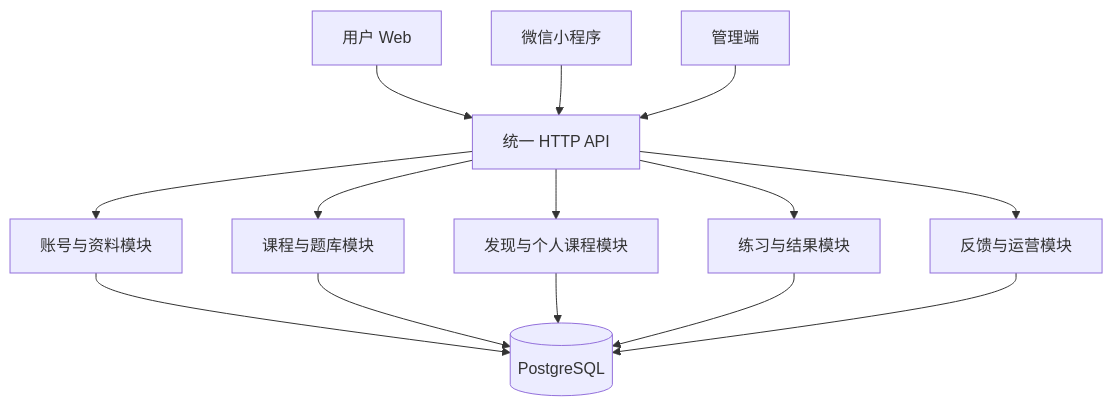
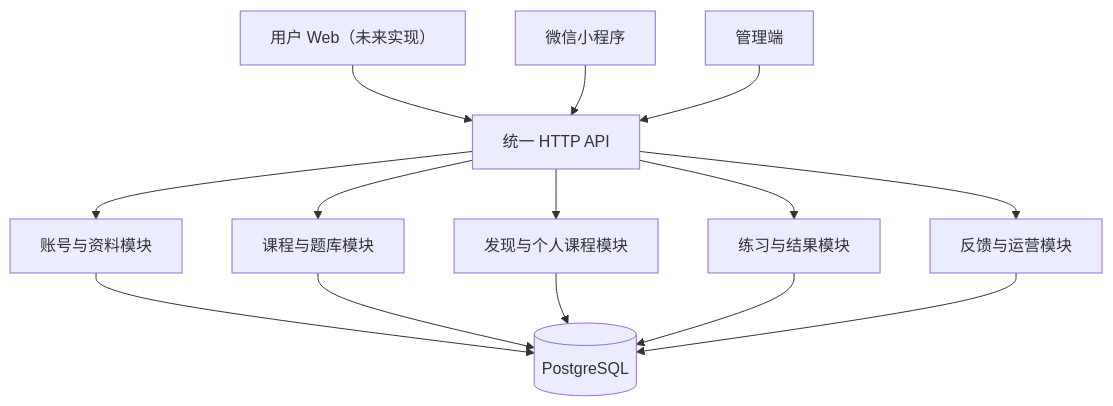
The second of 2 diagrams in docs/prd/student-platform-architecture.md (zhouycheng/QandA), drawn with Mermaid before and after one commit. The commit also changed other lines of this file and 106 other files, not shown here.

````diff
--- a/docs/prd/student-platform-architecture.md
+++ b/docs/prd/student-platform-architecture.md
@@ -276,16 +276,16 @@
 ```mermaid
 flowchart TB
-    Web[用户 Web] --> API[统一 HTTP API]
+    Web[用户 Web（未来实现）] --> API[统一 HTTP API]
     Mini[微信小程序] --> API
     Admin[管理端] --> API
     API --> Auth[账号与资料模块]
     API --> Content[课程与题库模块]
     API --> Discovery[发现与个人课程模块]
     API --> Study[练习与结果模块]
     API --> Ops[反馈与运营模块]
     Auth --> DB[(PostgreSQL)]
     Content --> DB
     Discovery --> DB
     Study --> DB
     Ops --> DB
 ```
````
